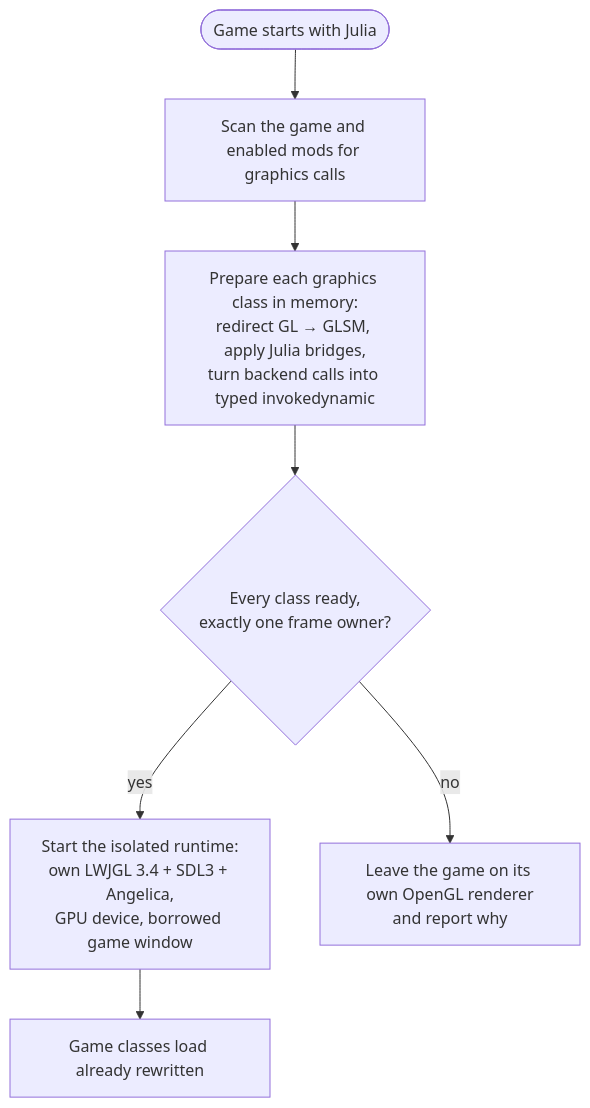
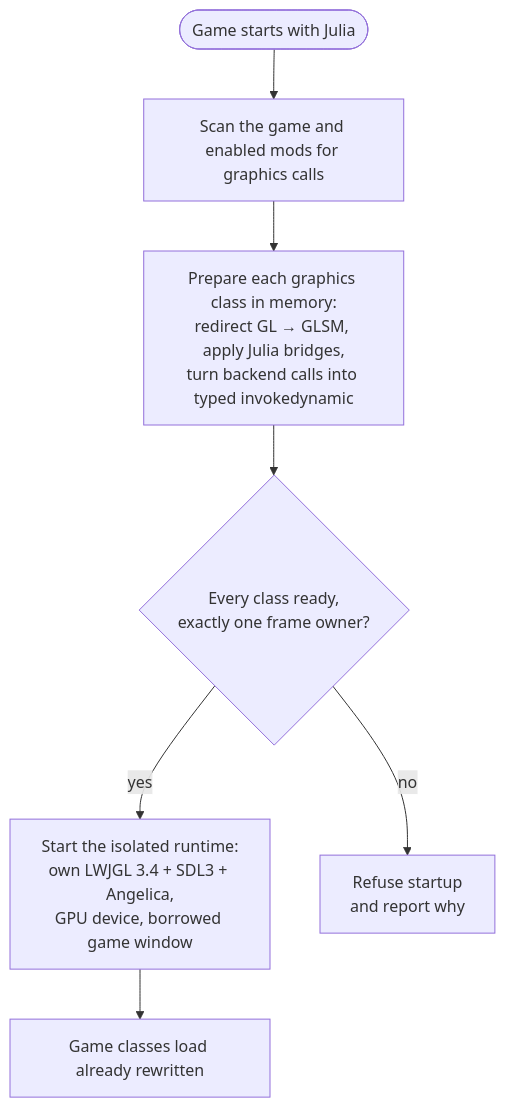
The first of 2 diagrams in README.md (fopwoc/julia-pz), drawn with Mermaid before and after one commit. The commit also changed other lines of this file and 5 other files, not shown here.

````diff
--- a/README.md
+++ b/README.md
@@ -16,9 +16,9 @@
 ```mermaid
 flowchart TD
     start(["Game starts with Julia"]) --> scan["Scan the game and enabled mods for graphics calls"]
     scan --> prepare["Prepare each graphics class in memory:<br/>redirect GL → GLSM, apply Julia bridges,<br/>turn backend calls into typed invokedynamic"]
     prepare --> gate{"Every class ready,<br/>exactly one frame owner?"}
     gate -- yes --> runtime["Start the isolated runtime:<br/>own LWJGL 3.4 + SDL3 + Angelica,<br/>GPU device, borrowed game window"]
     runtime --> load["Game classes load already rewritten"]
-    gate -- no --> vanilla["Leave the game on its own OpenGL renderer<br/>and report why"]
+    gate -- no --> vanilla["Refuse startup<br/>and report why"]
 ```
````
